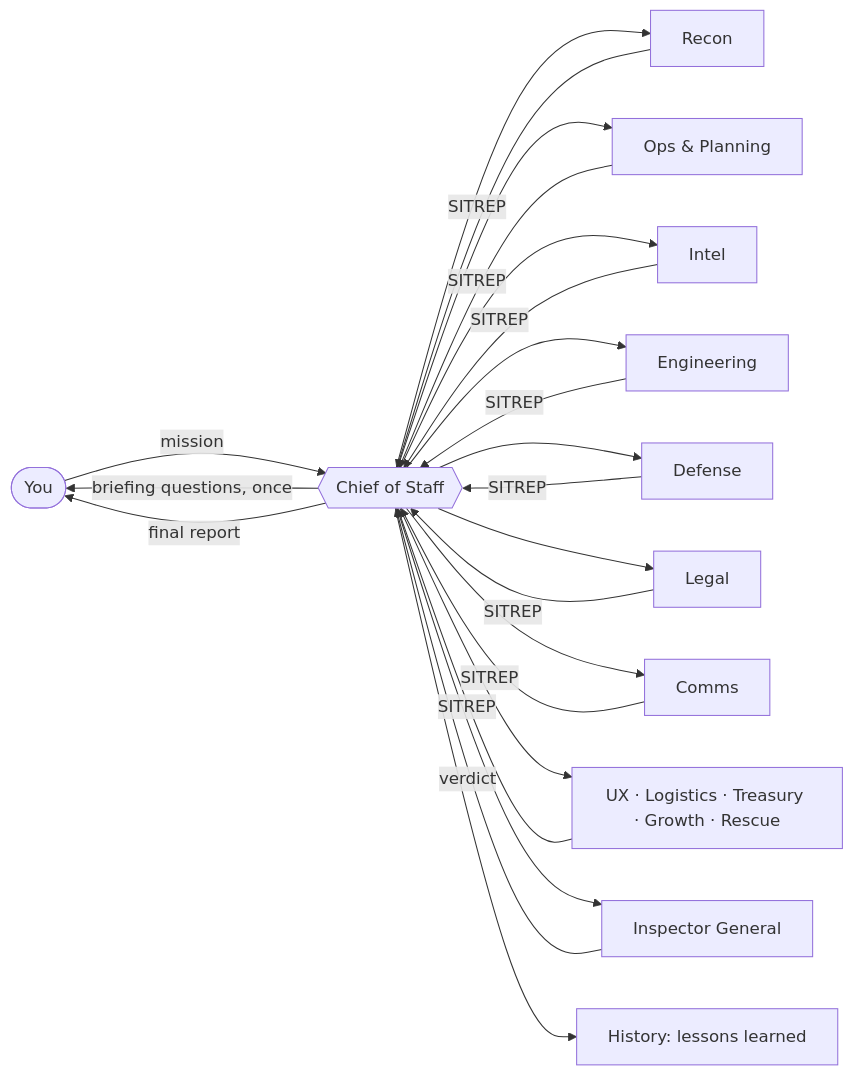
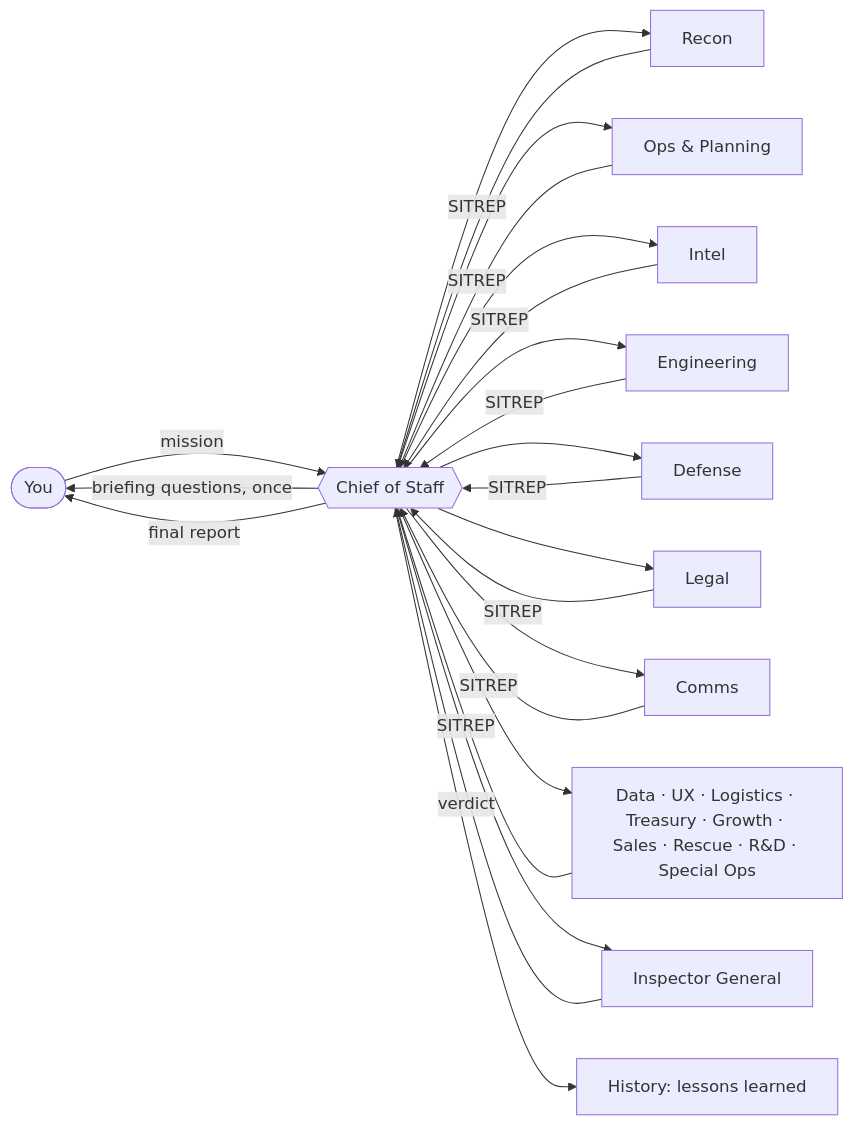
One commit to omer-yehuda/armory changed the diagram in README.md. Above: the diagram before and after it, drawn with Mermaid. The commit also changed other lines of this file and 95 other files, not shown here.

````diff
--- a/README.md
+++ b/README.md
@@ -55,18 +59,18 @@
 ```mermaid
 flowchart LR
     U([You]) -->|mission| HQ{{Chief of Staff}}
     HQ -->|briefing questions, once| U
     HQ --> R[Recon]
     HQ --> O[Ops & Planning]
     HQ --> I[Intel]
     HQ --> E[Engineering]
     HQ --> D[Defense]
     HQ --> L[Legal]
     HQ --> C[Comms]
-    HQ --> X[UX · Logistics · Treasury · Growth · Rescue]
+    HQ --> X[Data · UX · Logistics · Treasury · Growth · Sales · Rescue · R&D · Special Ops]
     R & O & I & E & D & L & C & X -->|SITREP| HQ
     HQ --> IG[Inspector General]
     IG -->|verdict| HQ
     HQ --> H[History: lessons learned]
     HQ -->|final report| U
 ```
````
